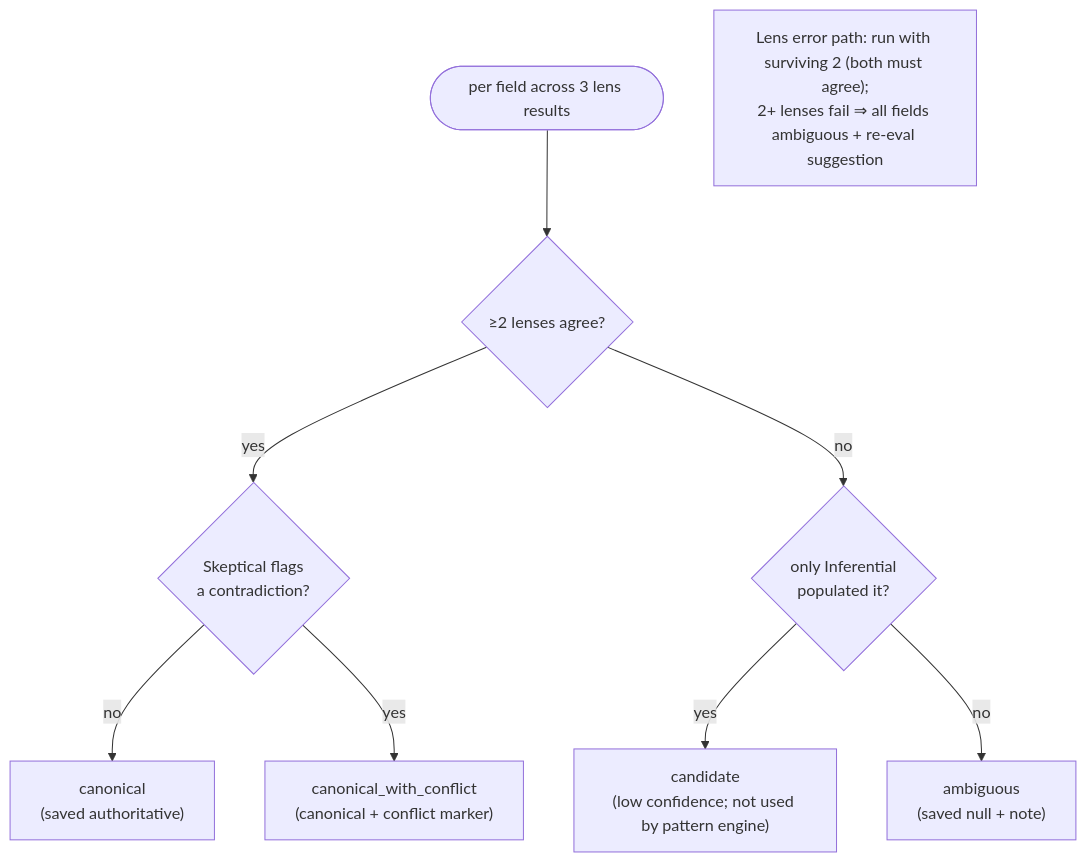
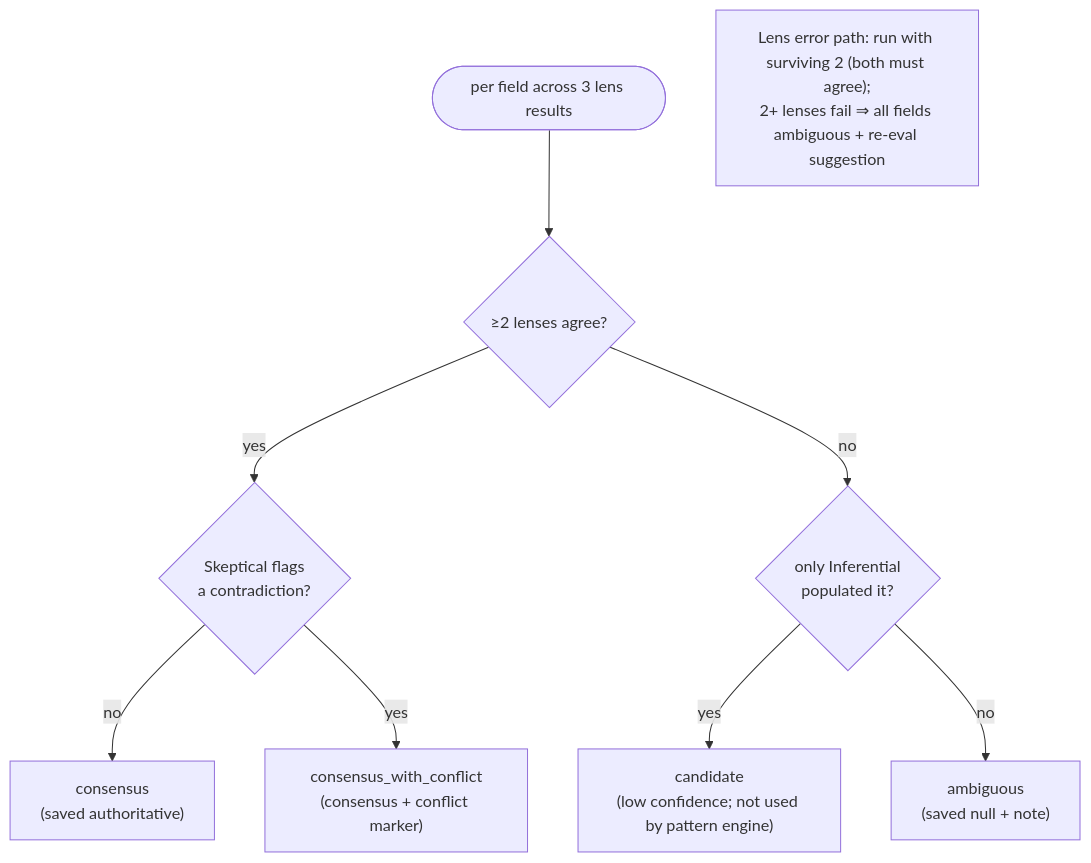
The third of 5 diagrams in docs/diagrams/llm-functionality.md (anchildress1/vestige), drawn with Mermaid before and after one commit. The commit also changed other lines of this file and 75 other files, not shown here.

First line of the commit message:
feat: recurrence viability pipeline + canonical→consensus rename (#60)

````diff
--- a/docs/diagrams/llm-functionality.md
+++ b/docs/diagrams/llm-functionality.md
@@ -91,15 +91,15 @@
 ```mermaid
 flowchart TD
     accTitle: Convergence resolver per-field decision
-    accDescr: For each field, if two or more of three lenses agree the verdict is canonical, unless Skeptical flags a conflict in which case it is canonical_with_conflict. If only Inferential populated it, the verdict is candidate. If all three disagree, the verdict is ambiguous and the field is saved null with a debug note.
+    accDescr: For each field, if two or more of three lenses agree the verdict is consensus, unless Skeptical flags a conflict in which case it is consensus_with_conflict. If only Inferential populated it, the verdict is candidate. If all three disagree, the verdict is ambiguous and the field is saved null with a debug note.
 
     F(["per field across 3 lens results"]) --> A{"≥2 lenses agree?"}
     A -- yes --> SK{"Skeptical flags<br/>a contradiction?"}
-    SK -- no --> CAN["canonical<br/>(saved authoritative)"]
-    SK -- yes --> CWC["canonical_with_conflict<br/>(canonical + conflict marker)"]
+    SK -- no --> CAN["consensus<br/>(saved authoritative)"]
+    SK -- yes --> CWC["consensus_with_conflict<br/>(consensus + conflict marker)"]
     A -- no --> ONE{"only Inferential<br/>populated it?"}
     ONE -- yes --> CND["candidate<br/>(low confidence; not used by pattern engine)"]
     ONE -- no --> AMB["ambiguous<br/>(saved null + note)"]
 
     note["Lens error path: run with surviving 2 (both must agree);<br/>2+ lenses fail ⇒ all fields ambiguous + re-eval suggestion"]
 ```
````
